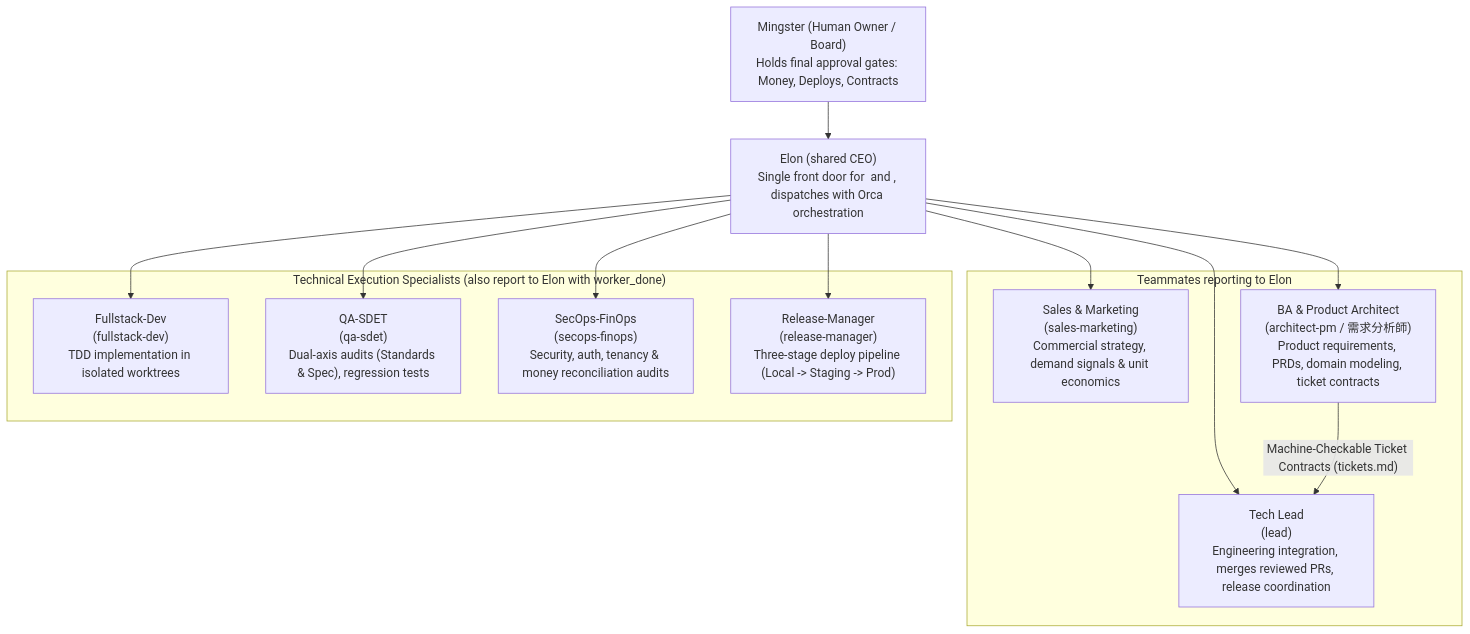
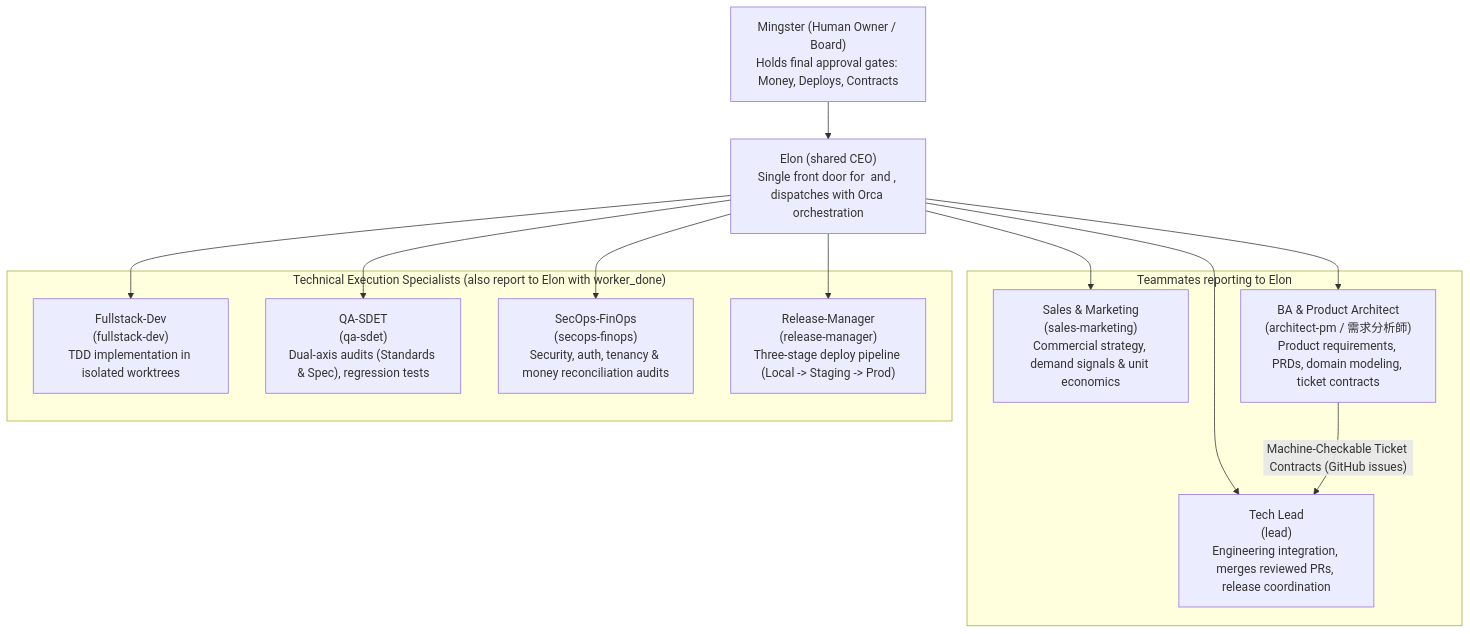
Before and after one commit to mingster/dotfiles: the first of 2 diagrams in docs/agents/agent-team-architecture.md, drawn with Mermaid. The commit also changed other lines of this file and 4 other files, not shown here.

````diff
--- a/docs/agents/agent-team-architecture.md
+++ b/docs/agents/agent-team-architecture.md
@@ -9,29 +9,29 @@
 ```mermaid
 flowchart TD
     Board["Mingster (Human Owner / Board)\nHolds final approval gates: Money, Deploys, Contracts"]
     CEO["Elon (shared CEO)\nSingle front door for <project-a> and <project-b>, dispatches with Orca orchestration"]
     
     subgraph Direct_Reports["Teammates reporting to Elon"]
         Sales["Sales & Marketing\n(sales-marketing)\nCommercial strategy, demand signals & unit economics"]
         BA["BA & Product Architect\n(architect-pm / 需求分析師)\nProduct requirements, PRDs, domain modeling, ticket contracts"]
         TL["Tech Lead\n(lead)\nEngineering integration, merges reviewed PRs, release coordination"]
     end
     
     subgraph Tech_Specialists["Technical Execution Specialists (also report to Elon with worker_done)"]
         Dev["Fullstack-Dev\n(fullstack-dev)\nTDD implementation in isolated worktrees"]
         QA["QA-SDET\n(qa-sdet)\nDual-axis audits (Standards & Spec), regression tests"]
         SecOps["SecOps-FinOps\n(secops-finops)\nSecurity, auth, tenancy & money reconciliation audits"]
         RM["Release-Manager\n(release-manager)\nThree-stage deploy pipeline (Local -> Staging -> Prod)"]
     end
 
     Board --> CEO
     CEO --> Sales
     CEO --> BA
     CEO --> TL
     
-    BA -- "Machine-Checkable Ticket Contracts (tickets.md)" --> TL
+    BA -- "Machine-Checkable Ticket Contracts (GitHub issues)" --> TL
     CEO --> Dev
     CEO --> QA
     CEO --> SecOps
     CEO --> RM
 ```
````
